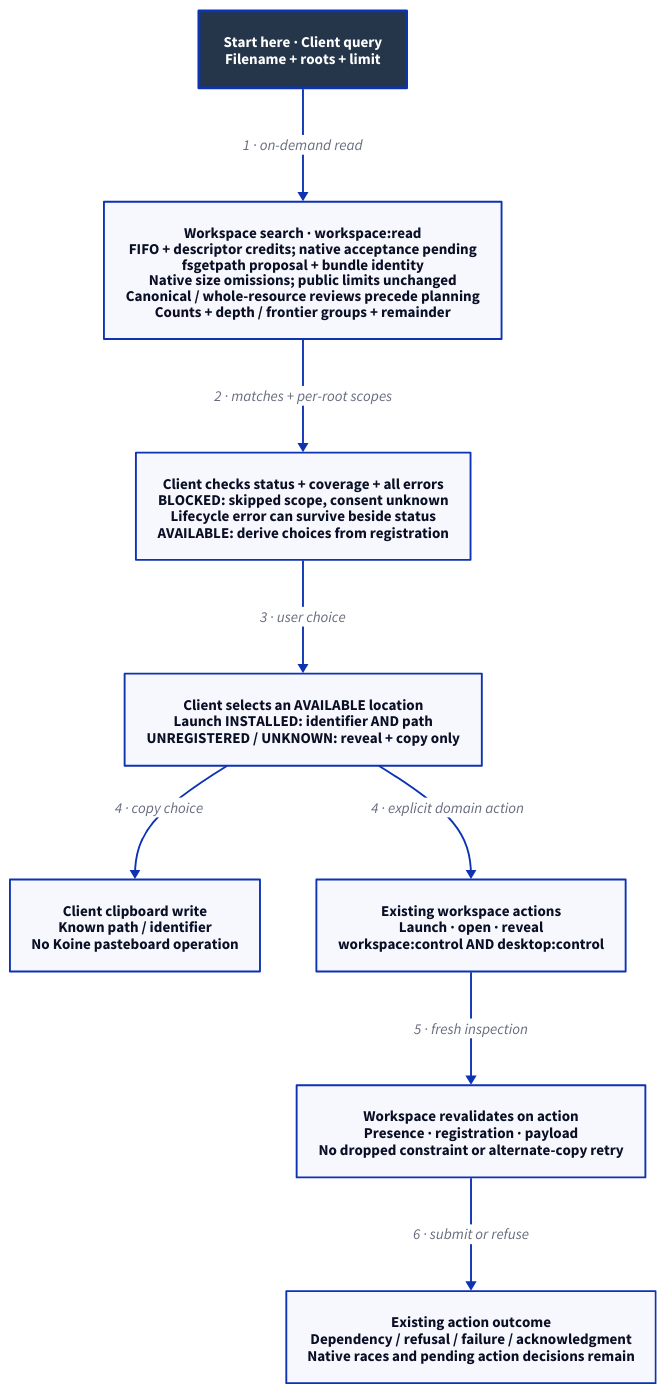
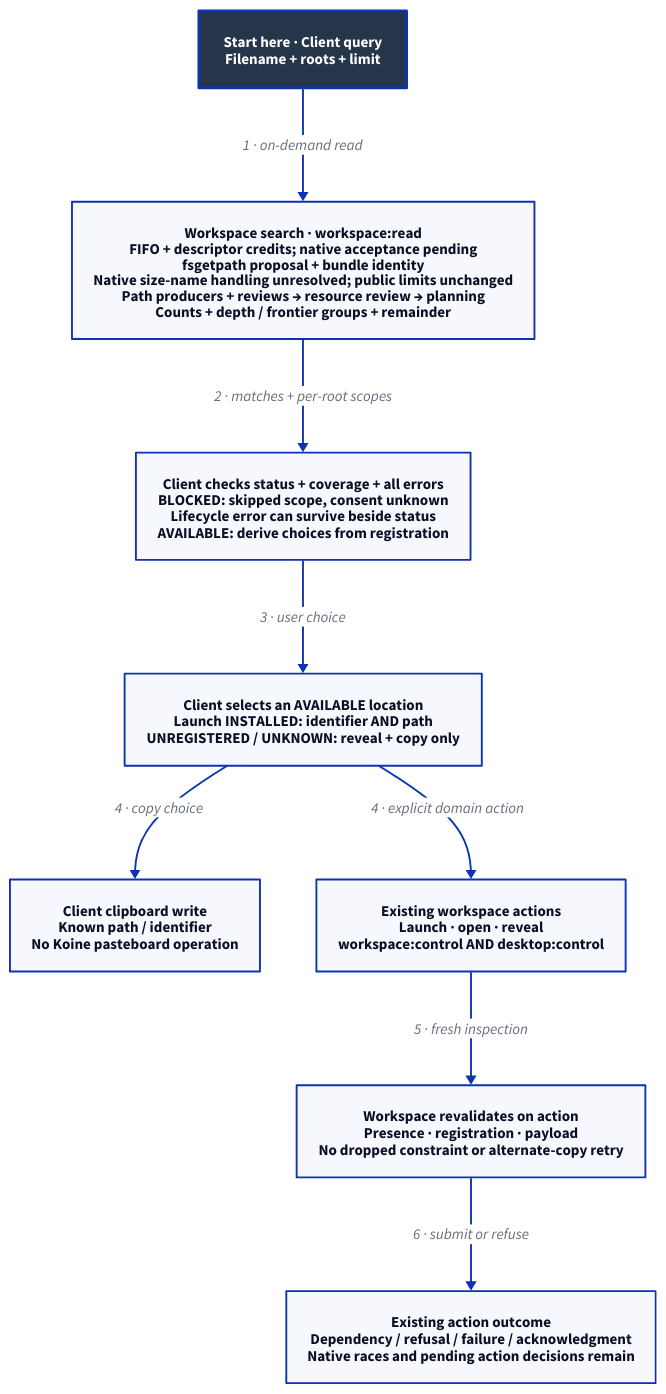
One commit to Linkuistics/Koine changed the diagram in docs/design/architecture/search-handoff.d2. Above: the diagram before and after it, drawn with D2. The commit also changed 31 other files, not shown here.

First line of the commit message:
search-canonical-paths-k121: integrate canonical-path review

```diff
--- a/docs/design/architecture/search-handoff.d2
+++ b/docs/design/architecture/search-handoff.d2
@@ -1,20 +1,20 @@
 # Designed component/data handoff. Source roles, not deployment containers.
 direction: down
 classes: {
   start: {style: {fill: "#25364B"; font-color: "#FFFFFF"; bold: true; stroke-width: 3}}
 }
 Start: "Start here · Client query\nFilename + roots + limit" {class: start}
-Search: "Workspace search · workspace:read\nFIFO + descriptor credits; native acceptance pending\nfsgetpath proposal + bundle identity\nNative size omissions; public limits unchanged\nCanonical / whole-resource reviews precede planning\nCounts + depth / frontier groups + remainder"
+Search: "Workspace search · workspace:read\nFIFO + descriptor credits; native acceptance pending\nfsgetpath proposal + bundle identity\nNative size-name handling unresolved; public limits unchanged\nPath producers + reviews → resource review → planning\nCounts + depth / frontier groups + remainder"
 Choices: "Client checks status + coverage + all errors\nBLOCKED: skipped scope, consent unknown\nLifecycle error can survive beside status\nAVAILABLE: derive choices from registration"
 Selected: "Client selects an AVAILABLE location\nLaunch INSTALLED: identifier AND path\nUNREGISTERED / UNKNOWN: reveal + copy only"
 Clipboard: "Client clipboard write\nKnown path / identifier\nNo Koine pasteboard operation"
 Action: "Existing workspace actions\nLaunch · open · reveal\nworkspace:control AND desktop:control"
 Revalidate: "Workspace revalidates on action\nPresence · registration · payload\nNo dropped constraint or alternate-copy retry"
 Outcome: "Existing action outcome\nDependency / refusal / failure / acknowledgment\nNative races and pending action decisions remain"
 Start -> Search: "1 · on-demand read"
 Search -> Choices: "2 · matches + per-root scopes"
 Choices -> Selected: "3 · user choice"
 Selected -> Clipboard: "4 · copy choice"
 Selected -> Action: "4 · explicit domain action"
 Action -> Revalidate: "5 · fresh inspection"
 Revalidate -> Outcome: "6 · submit or refuse"
```
